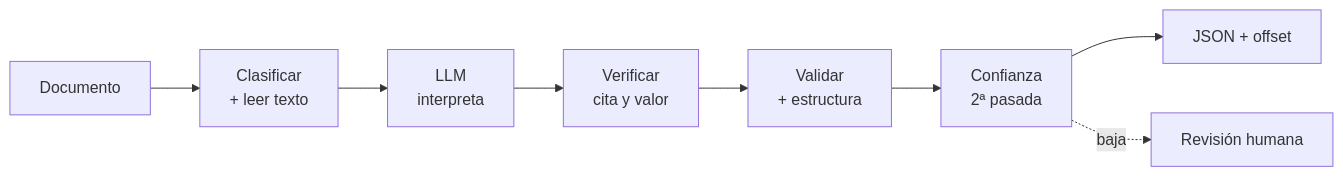
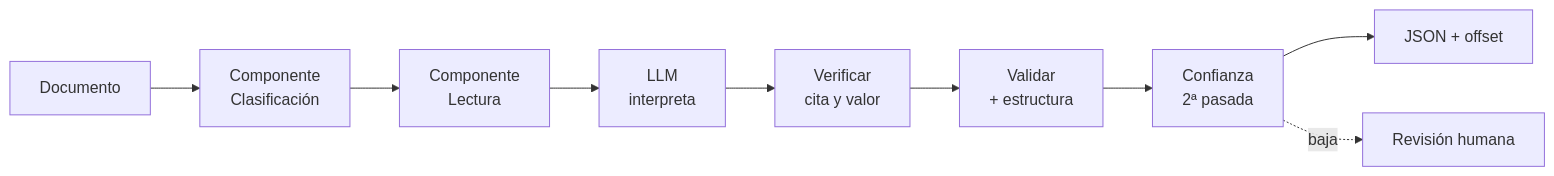
One commit to mariogarcia-ar/docflow changed the fourth of 6 diagrams in README.md. Above: the diagram before and after it, drawn with Mermaid. The commit also changed other lines of this file, not shown here.

Commit message:
Refactor README.md to enhance the classification component with detailed explanations and flow diagrams

````diff
--- a/README.md
+++ b/README.md
@@ -105,10 +181,11 @@
 ```mermaid
 graph LR
-    A["Documento"] --> B["Clasificar<br/>+ leer texto"]
-    B --> C["LLM<br/>interpreta"]
-    C --> D["Verificar<br/>cita y valor"]
-    D --> E["Validar<br/>+ estructura"]
-    E --> F["Confianza<br/>2ª pasada"]
-    F --> G["JSON + offset"]
-    F -.baja.-> H["Revisión humana"]
+    A["Documento"] --> B["Componente<br/>Clasificación"]
+    B --> C["Componente<br/>Lectura"]
+    C --> D["LLM<br/>interpreta"]
+    D --> E["Verificar<br/>cita y valor"]
+    E --> F["Validar<br/>+ estructura"]
+    F --> G["Confianza<br/>2ª pasada"]
+    G --> H["JSON + offset"]
+    G -.baja.-> I["Revisión humana"]
 ```
````
